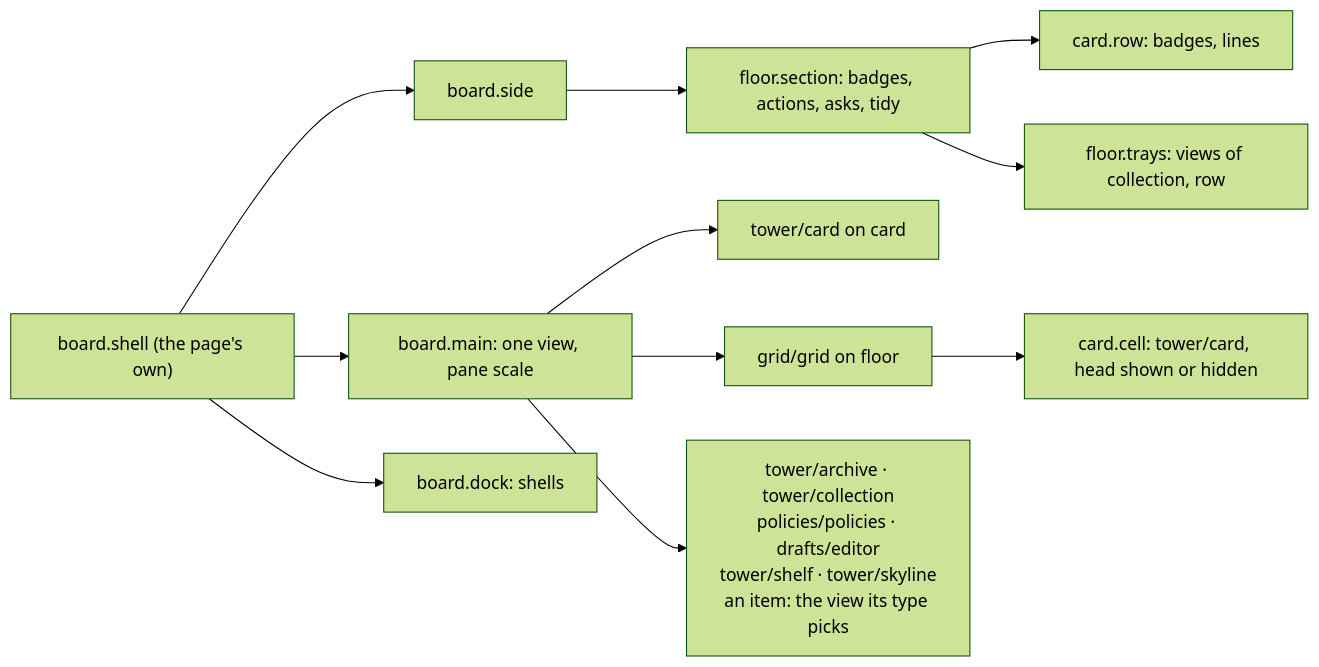
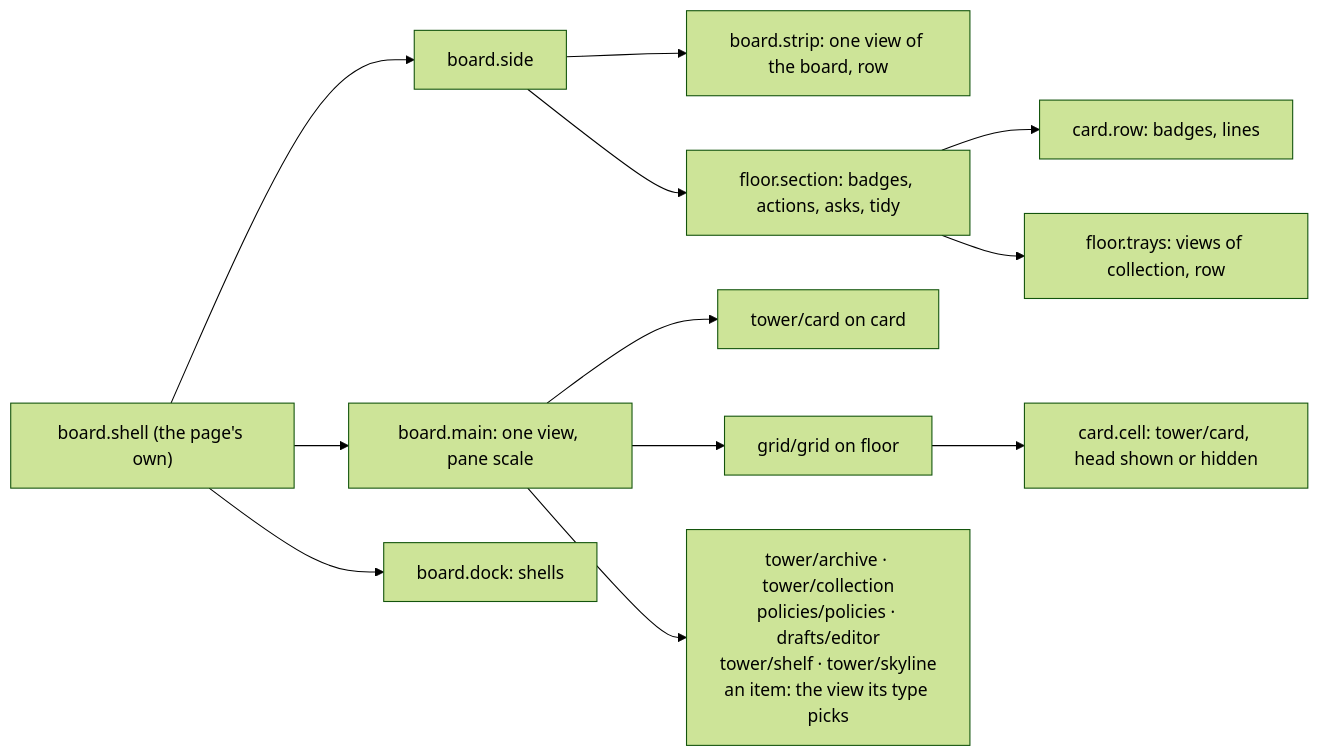
The second of 6 diagrams in kb/entities/decisions/ui-model.md (RegiByte/the-tower), drawn with Mermaid (forest theme) before and after one commit. The commit also changed other lines of this file and 5 other files, not shown here.

First line of the commit message:
The page's sidebar holds a strip whose view stays mounted

````diff
--- a/kb/entities/decisions/ui-model.md
+++ b/kb/entities/decisions/ui-model.md
@@ -289,13 +294,14 @@
 ```mermaid
 flowchart LR
   board["board.shell (the page's own)"] --> side["board.side"]
   board --> main["board.main: one view, pane scale"]
   board --> dock["board.dock: shells"]
+  side --> strip["board.strip: one view of the board, row"]
   side --> fsec["floor.section: badges, actions, asks, tidy"]
   fsec --> row["card.row: badges, lines"]
   fsec --> trays["floor.trays: views of collection, row"]
   main --> card["tower/card on card"]
   main --> grid["grid/grid on floor"]
   main --> others["tower/archive · tower/collection<br/>policies/policies · drafts/editor<br/>tower/shelf · tower/skyline<br/>an item: the view its type picks"]
   grid --> cell["card.cell: tower/card, head shown or hidden"]
 ```
````
